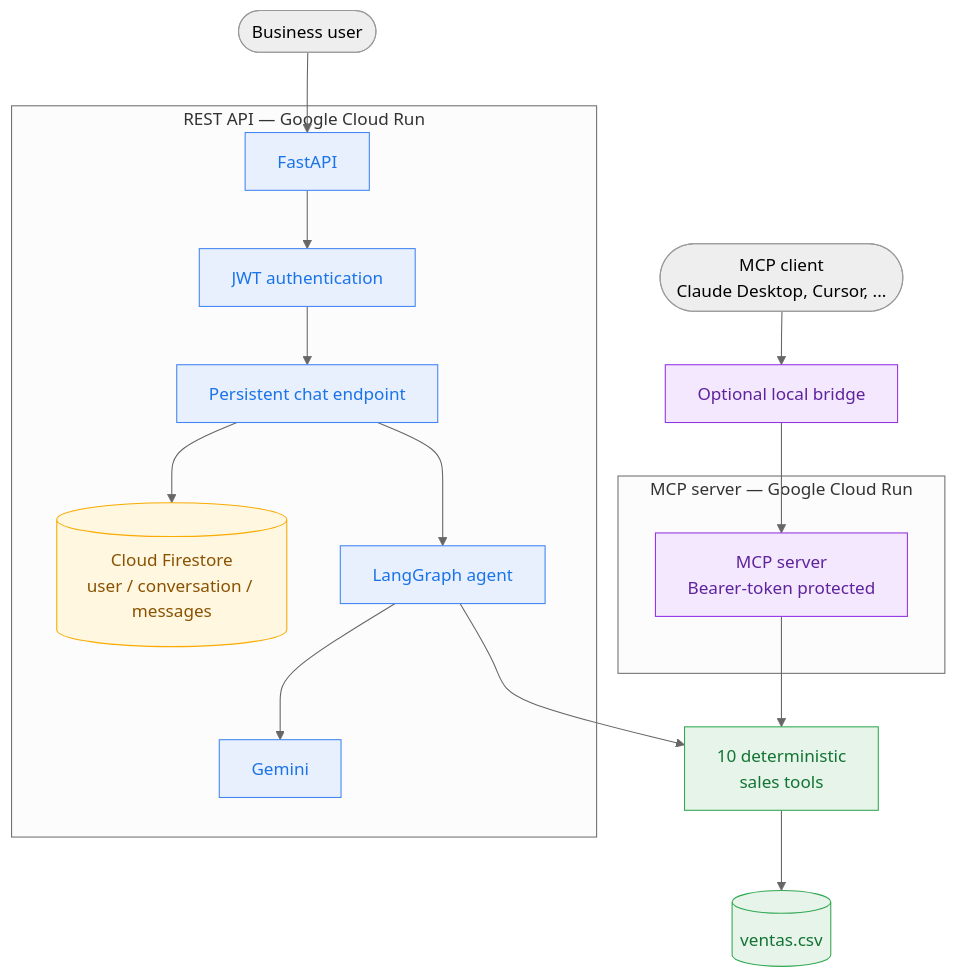
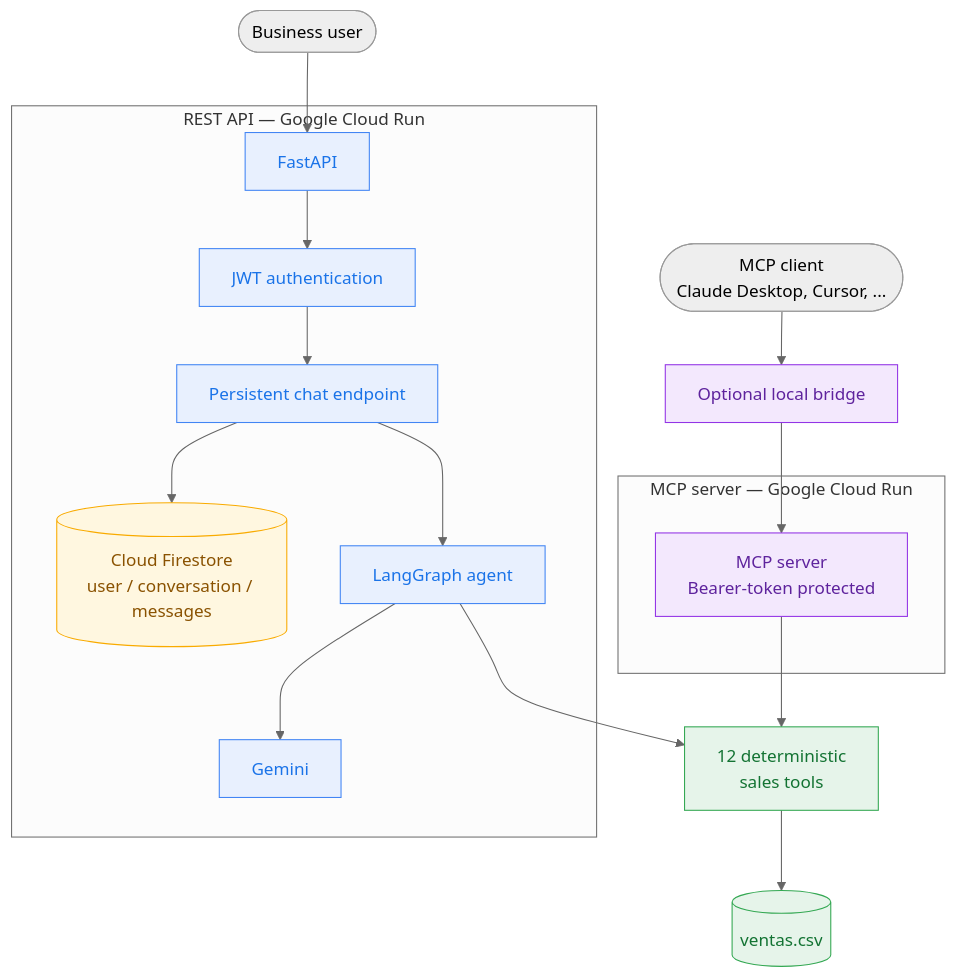
The diagram in README.md (bernytech25/sales-intelligence-agent), drawn with Mermaid (neutral theme) before and after one commit. The commit also changed other lines of this file and 5 other files, not shown here.

````diff
--- a/README.md
+++ b/README.md
@@ -22,31 +22,31 @@
 ```mermaid
 flowchart TB
     user([Business user]) --> api
     client([MCP client<br/>Claude Desktop, Cursor, ...]) --> bridge[Optional local bridge]
     bridge --> mcp
 
     subgraph apiPath[REST API — Google Cloud Run]
         api[FastAPI] --> auth[JWT authentication]
         auth --> persistent[Persistent chat endpoint]
         persistent --> memory[(Cloud Firestore<br/>user / conversation / messages)]
         persistent --> agent[LangGraph agent]
         agent --> gemini[Gemini]
     end
 
     subgraph mcpPath[MCP server — Google Cloud Run]
         mcp[MCP server<br/>Bearer-token protected]
     end
 
-    agent --> tools[10 deterministic<br/>sales tools]
+    agent --> tools[12 deterministic<br/>sales tools]
     mcp --> tools
     tools --> data[(ventas.csv)]
 
     classDef api fill:#E8F0FE,stroke:#4285F4,color:#1A73E8;
     classDef state fill:#FFF7E0,stroke:#F9AB00,color:#8A5200;
     classDef mcp fill:#F3E8FD,stroke:#9334E6,color:#5E239D;
     classDef core fill:#E6F4EA,stroke:#34A853,color:#137333;
     class api,auth,persistent,agent,gemini api;
     class memory state;
     class mcp,bridge mcp;
     class tools,data core;
 ```
````
